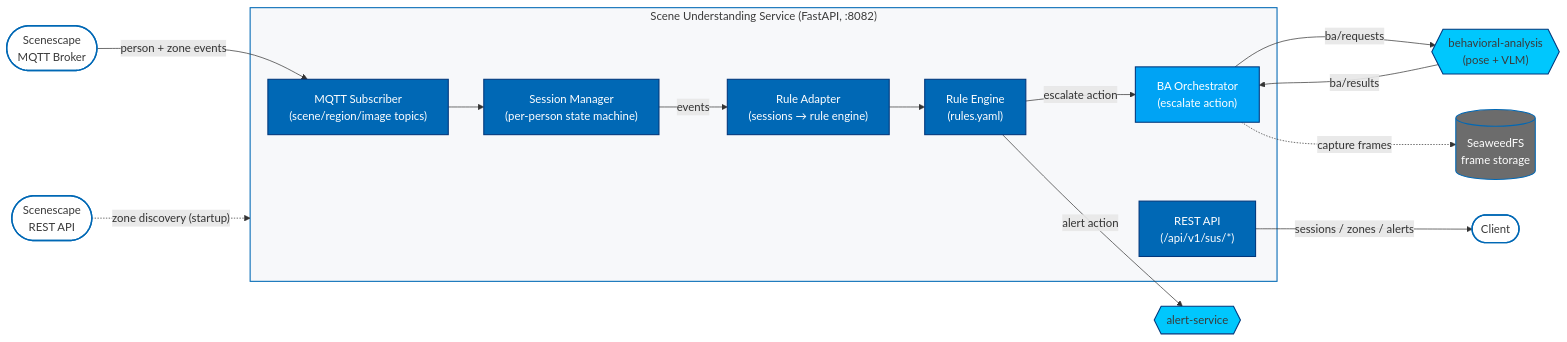
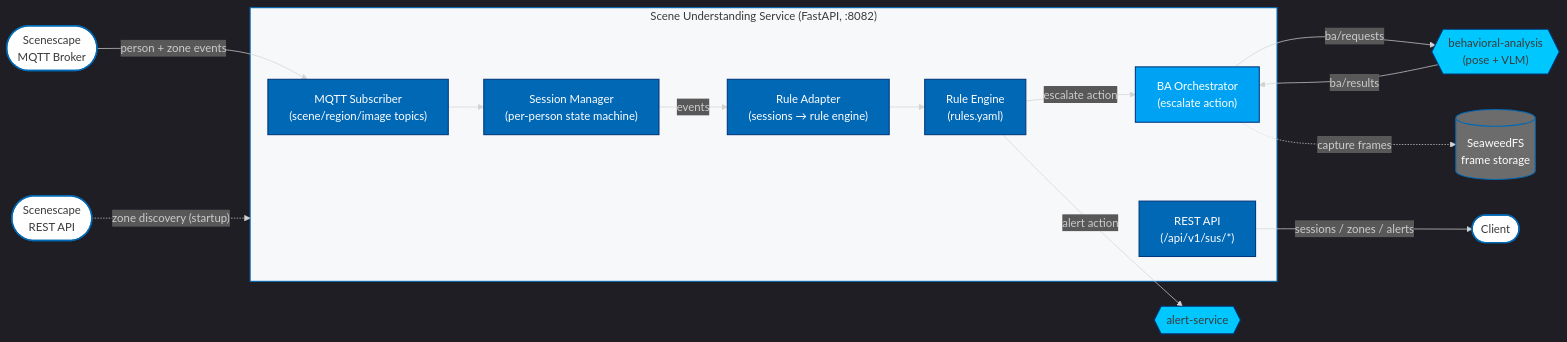
The diagram in microservices/scene-understanding-service/docs/user-guide/how-it-works.md (open-edge-platform/edge-ai-libraries), drawn with Mermaid before and after one commit. The commit also changed 9 other files, not shown here.

Commit message:
[DOCS] Review ASCII and Mermaid diagrams - main

````diff
--- a/microservices/scene-understanding-service/docs/user-guide/how-it-works.md
+++ b/microservices/scene-understanding-service/docs/user-guide/how-it-works.md
@@ -13,64 +13,68 @@
 ```mermaid
+---
+config: {"theme": "dark"}
+---
 %%{init: {
   'theme': 'base',
   'themeVariables': {
     'fontFamily': '"IntelOne Display", "Intel Clear", "Inter", "Segoe UI", Arial, sans-serif',
     'fontSize': '14px',
     'primaryColor': '#0068B5',
     'primaryTextColor': '#FFFFFF',
     'primaryBorderColor': '#00377C',
     'lineColor': '#00377C',
     'secondaryColor': '#EEF3F8',
     'tertiaryColor': '#F7F8FA',
     'background': '#FFFFFF',
     'mainBkg': '#FFFFFF',
     'clusterBkg': '#F7F8FA',
     'clusterBorder': '#0068B5',
     'edgeLabelBackground': '#FFFFFF',
     'noteBkgColor': '#F7F8FA',
     'noteTextColor': '#3A3A3A'
   }
 }}%%
 flowchart LR
     Scene([Scenescape<br/>MQTT Broker])
     SceneAPI([Scenescape<br/>REST API])
 
     subgraph Service["Scene Understanding Service (FastAPI, :8082)"]
+
         MQTT["MQTT Subscriber<br/>(scene/region/image topics)"]
         SM["Session Manager<br/>(per-person state machine)"]
         RA["Rule Adapter<br/>(sessions → rule engine)"]
         RE["Rule Engine<br/>(rules.yaml)"]
         BA["BA Orchestrator<br/>(escalate action)"]
         API["REST API<br/>(/api/v1/sus/*)"]
     end
 
     SeaweedFS[("SeaweedFS<br/>frame storage")]
     BAWorker{{"behavioral-analysis<br/>(pose + VLM)"}}
     AlertSvc{{"alert-service"}}
 
     Scene -- "person + zone events" --> MQTT
     MQTT --> SM
     SM -- "events" --> RA
     RA --> RE
     RE -- "alert action" --> AlertSvc
     RE -- "escalate action" --> BA
     BA -- "ba/requests" --> BAWorker
     BAWorker -- "ba/results" --> BA
     BA -. "capture frames" .-> SeaweedFS
     SceneAPI -. "zone discovery (startup)" .-> Service
     API -- "sessions / zones / alerts" --> Client([Client])
 
     classDef client fill:#FFFFFF,stroke:#0068B5,stroke-width:2px,color:#3A3A3A;
     classDef core fill:#0068B5,stroke:#00377C,stroke-width:1.5px,color:#FFFFFF;
     classDef backend fill:#00A3F4,stroke:#00377C,stroke-width:1.5px,color:#FFFFFF;
     classDef store fill:#6C6C6C,stroke:#0068B5,stroke-width:1.5px,color:#FFFFFF;
     classDef ext fill:#00C7FD,stroke:#00377C,stroke-width:1.5px,color:#3A3A3A;
 
     class Client,Scene,SceneAPI client;
     class MQTT,SM,RA,RE,API core;
     class BA backend;
     class SeaweedFS store;
     class BAWorker,AlertSvc ext;
 
     style Service fill:#F7F8FA,stroke:#0068B5,stroke-width:1.5px,color:#3A3A3A;
 ```
````
